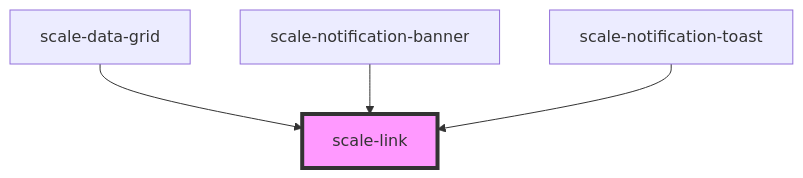
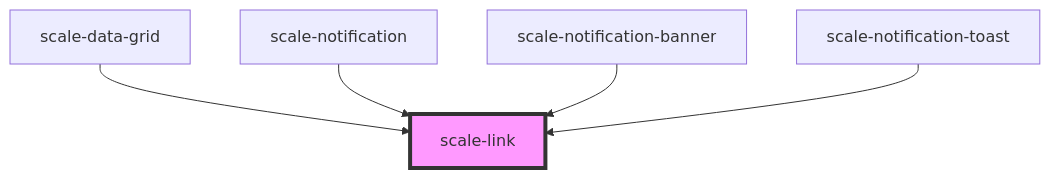
Before and after one commit to telekom/scale: the diagram in packages/components/src/components/link/readme.md, drawn with Mermaid. The commit also changed other lines of this file and 3 other files, not shown here.

````diff
--- a/packages/components/src/components/link/readme.md
+++ b/packages/components/src/components/link/readme.md
@@ -113,7 +114,8 @@
 ```mermaid
 graph TD;
   scale-data-grid --> scale-link
+  scale-notification --> scale-link
   scale-notification-banner --> scale-link
   scale-notification-toast --> scale-link
   style scale-link fill:#f9f,stroke:#333,stroke-width:4px
 ```
````
